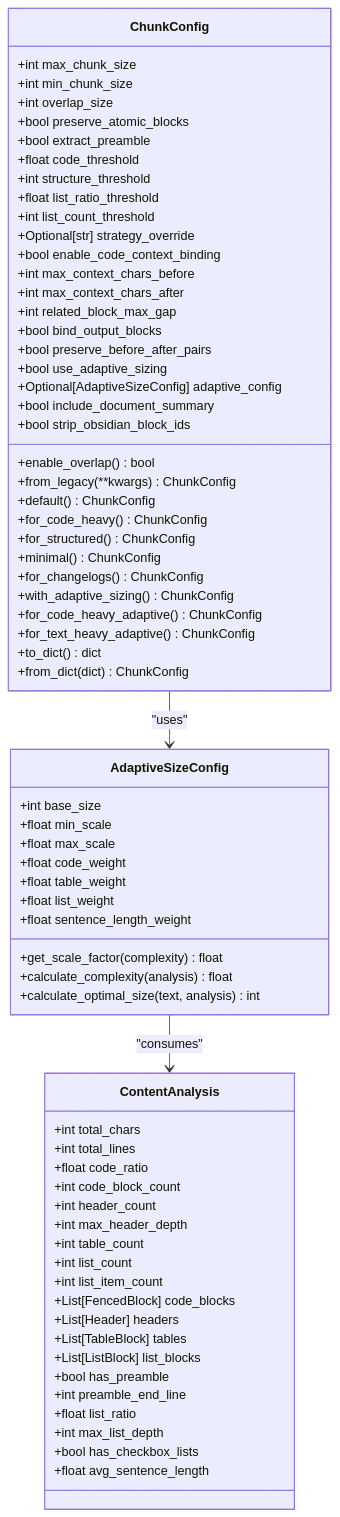
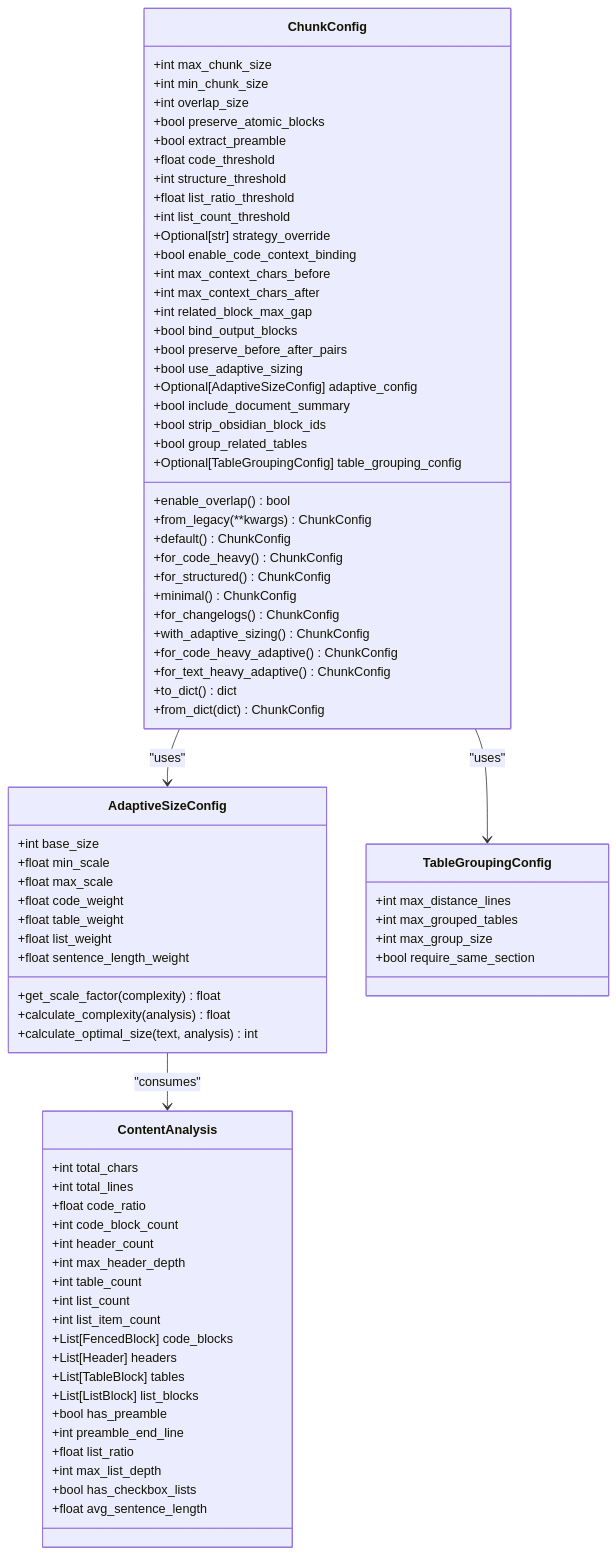
One commit to asukhodko/dify-markdown-chunker changed the third of 3 diagrams in .qoder/repowiki/en/content/Configuration/Chunker Configuration.md. Above: the diagram before and after it, drawn with Mermaid. The commit also changed other lines of this file and 4 other files, not shown here.

First line of the commit message:
feat(table-grouping): add configurable table grouping feature

````diff
--- a/.qoder/repowiki/en/content/Configuration/Chunker Configuration.md
+++ b/.qoder/repowiki/en/content/Configuration/Chunker Configuration.md
@@ -215,72 +275,81 @@
 ```mermaid
 classDiagram
 class ChunkConfig {
 +int max_chunk_size
 +int min_chunk_size
 +int overlap_size
 +bool preserve_atomic_blocks
 +bool extract_preamble
 +float code_threshold
 +int structure_threshold
 +float list_ratio_threshold
 +int list_count_threshold
 +Optional[str] strategy_override
 +bool enable_code_context_binding
 +int max_context_chars_before
 +int max_context_chars_after
 +int related_block_max_gap
 +bool bind_output_blocks
 +bool preserve_before_after_pairs
 +bool use_adaptive_sizing
 +Optional[AdaptiveSizeConfig] adaptive_config
 +bool include_document_summary
 +bool strip_obsidian_block_ids
++bool group_related_tables
++Optional[TableGroupingConfig] table_grouping_config
 +enable_overlap() bool
 +from_legacy(**kwargs) ChunkConfig
 +default() ChunkConfig
 +for_code_heavy() ChunkConfig
 +for_structured() ChunkConfig
 +minimal() ChunkConfig
 +for_changelogs() ChunkConfig
 +with_adaptive_sizing() ChunkConfig
 +for_code_heavy_adaptive() ChunkConfig
 +for_text_heavy_adaptive() ChunkConfig
 +to_dict() dict
 +from_dict(dict) ChunkConfig
 }
 class AdaptiveSizeConfig {
 +int base_size
 +float min_scale
 +float max_scale
 +float code_weight
 +float table_weight
 +float list_weight
 +float sentence_length_weight
 +get_scale_factor(complexity) float
 +calculate_complexity(analysis) float
 +calculate_optimal_size(text, analysis) int
 }
+class TableGroupingConfig {
++int max_distance_lines
++int max_grouped_tables
++int max_group_size
++bool require_same_section
+}
 class ContentAnalysis {
 +int total_chars
 +int total_lines
 +float code_ratio
 +int code_block_count
 +int header_count
 +int max_header_depth
 +int table_count
 +int list_count
 +int list_item_count
 +List[FencedBlock] code_blocks
 +List[Header] headers
 +List[TableBlock] tables
 +List[ListBlock] list_blocks
 +bool has_preamble
 +int preamble_end_line
 +float list_ratio
 +int max_list_depth
 +bool has_checkbox_lists
 +float avg_sentence_length
 }
 ChunkConfig --> AdaptiveSizeConfig : "uses"
+ChunkConfig --> TableGroupingConfig : "uses"
 AdaptiveSizeConfig --> ContentAnalysis : "consumes"
 ```
````
